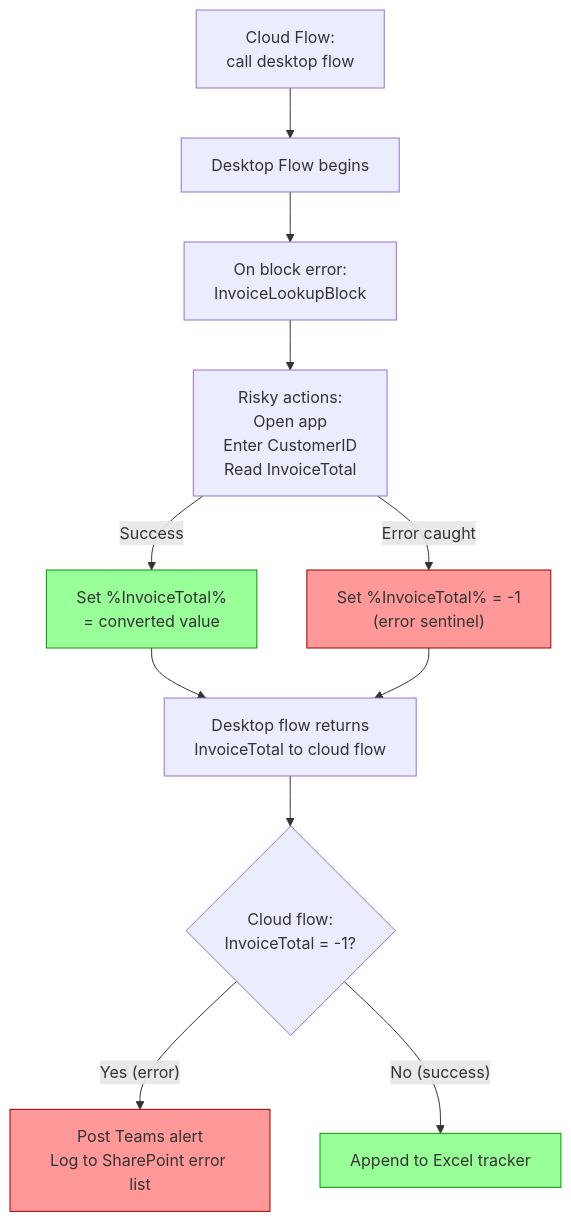
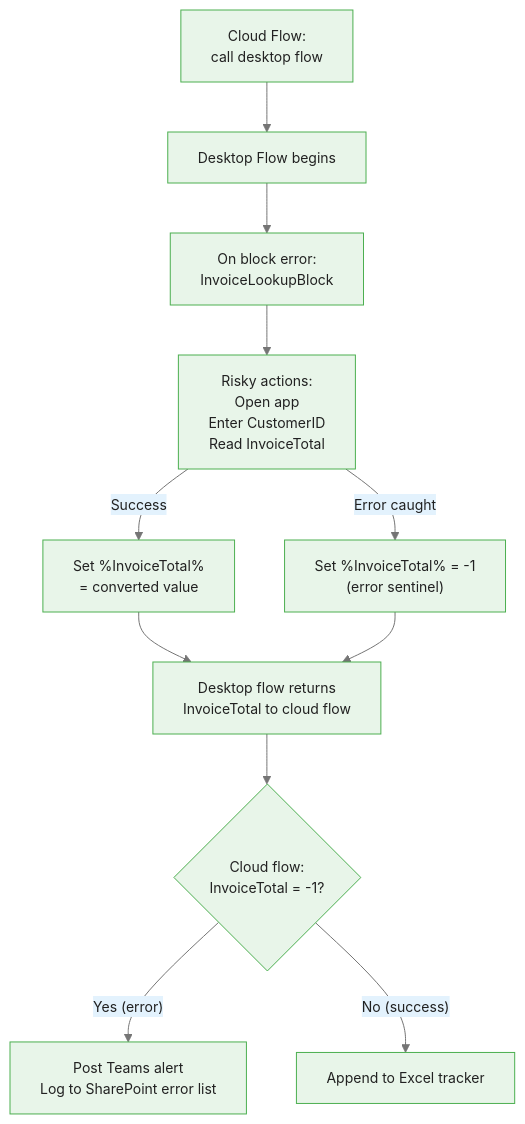
Before and after one commit to m-deane/course-creator: the eighth of 11 diagrams in courses/power-automate/modules/module_07_desktop_flows_rpa/guides/02_cloud_desktop_integration_slides.md, drawn with Mermaid. The commit also changed other lines of this file and 72 other files, not shown here.

````diff
--- a/courses/power-automate/modules/module_07_desktop_flows_rpa/guides/02_cloud_desktop_integration_slides.md
+++ b/courses/power-automate/modules/module_07_desktop_flows_rpa/guides/02_cloud_desktop_integration_slides.md
@@ -243,24 +264,21 @@
 ```mermaid
+%%{init: {"theme": "base", "themeVariables": {"primaryColor": "#e8f5e9", "primaryBorderColor": "#4caf50", "primaryTextColor": "#212121", "secondaryColor": "#e3f2fd", "tertiaryColor": "#fff8e1", "lineColor": "#757575", "fontFamily": "Inter, sans-serif", "fontSize": "14px"}}}%%
 graph TB
     CF["Cloud Flow:\ncall desktop flow"]
     CF --> DF["Desktop Flow begins"]
 
     DF --> OBE["On block error:\nInvoiceLookupBlock"]
 
     OBE --> RISKY["Risky actions:\nOpen app\nEnter CustomerID\nRead InvoiceTotal"]
 
     RISKY -->|"Success"| SET_OK["Set %InvoiceTotal%\n= converted value"]
     RISKY -->|"Error caught"| SET_ERR["Set %InvoiceTotal% = -1\n(error sentinel)"]
 
     SET_OK --> RETURN["Desktop flow returns\nInvoiceTotal to cloud flow"]
     SET_ERR --> RETURN
 
     RETURN --> COND{"Cloud flow:\nInvoiceTotal = -1?"}
     COND -->|"Yes (error)"| ALERT["Post Teams alert\nLog to SharePoint error list"]
     COND -->|"No (success)"| EXCEL["Append to Excel tracker"]
 
-    style SET_ERR fill:#f99,stroke:#900
-    style ALERT fill:#f99,stroke:#900
-    style SET_OK fill:#9f9,stroke:#090
-    style EXCEL fill:#9f9,stroke:#090
 ```
````
